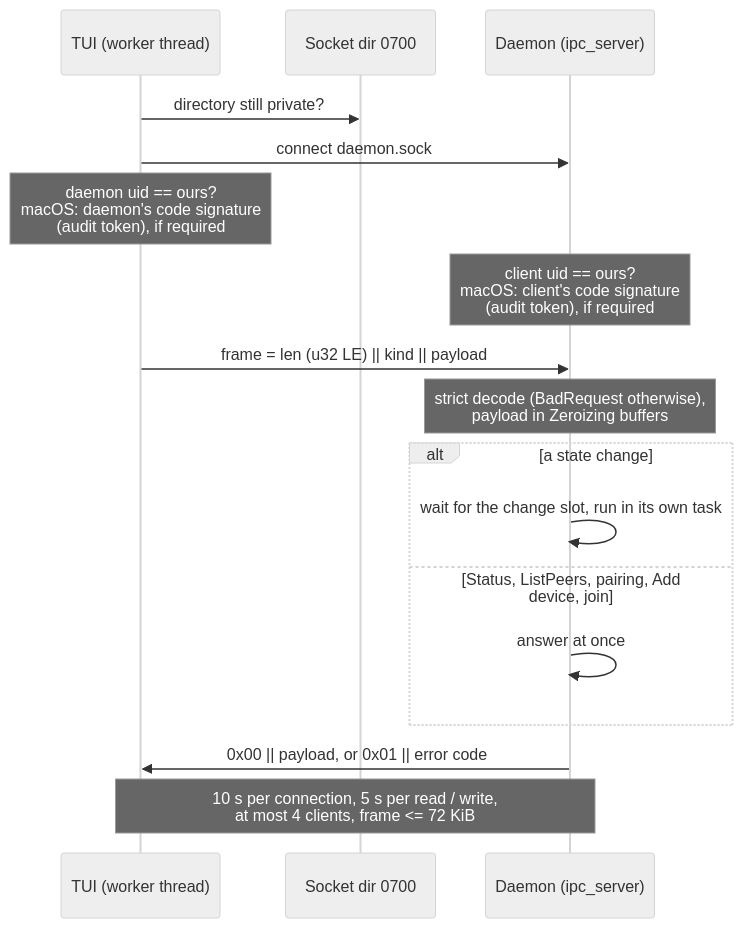
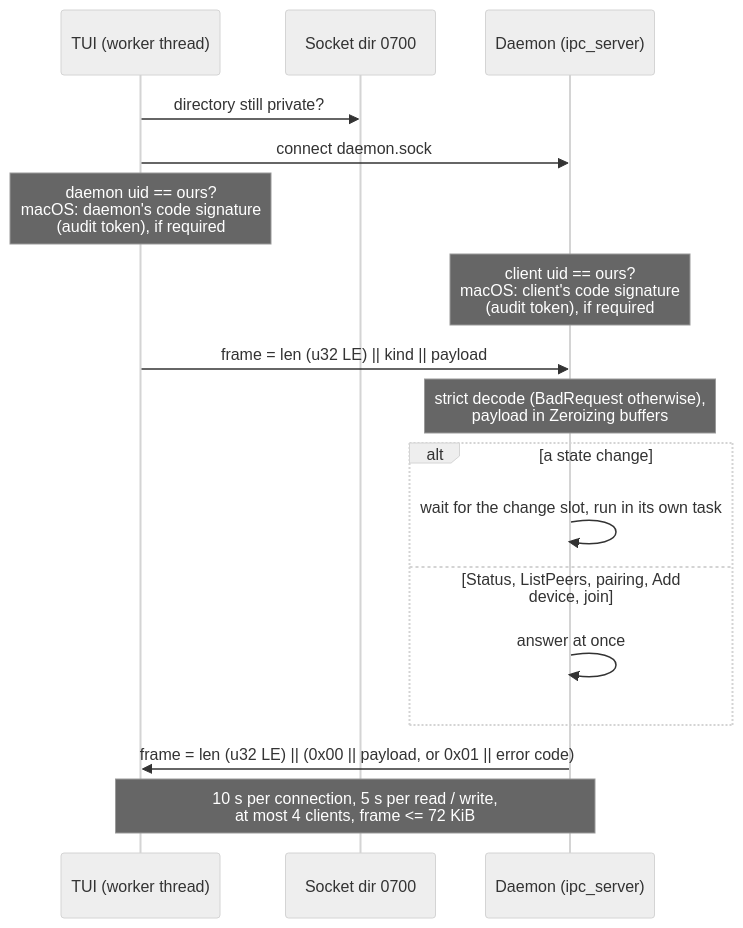
One commit to czarekkdev/cesaconn changed the first of 2 diagrams in docs/diagrams/ipc.md. Above: the diagram before and after it, drawn with Mermaid (neutral theme). The commit also changed 10 other files, not shown here.

First line of the commit message:
docs(diagrams): match the code on the review points

````diff
--- a/docs/diagrams/ipc.md
+++ b/docs/diagrams/ipc.md
@@ -6,19 +6,19 @@
 ```mermaid
 sequenceDiagram
     participant UI as TUI (worker thread)
     participant S as Socket dir 0700
     participant D as Daemon (ipc_server)
     UI->>S: directory still private?
     UI->>D: connect daemon.sock
     Note over UI: daemon uid == ours?<br/>macOS: daemon's code signature<br/>(audit token), if required
     Note over D: client uid == ours?<br/>macOS: client's code signature<br/>(audit token), if required
     UI->>D: frame = len (u32 LE) || kind || payload
     Note over D: strict decode (BadRequest otherwise),<br/>payload in Zeroizing buffers
     alt a state change
         D->>D: wait for the change slot, run in its own task
     else Status, ListPeers, pairing, Add device, join
         D->>D: answer at once
     end
-    D->>UI: 0x00 || payload, or 0x01 || error code
+    D->>UI: frame = len (u32 LE) || (0x00 || payload, or 0x01 || error code)
     Note over UI,D: 10 s per connection, 5 s per read / write,<br/>at most 4 clients, frame <= 72 KiB
 ```
````
